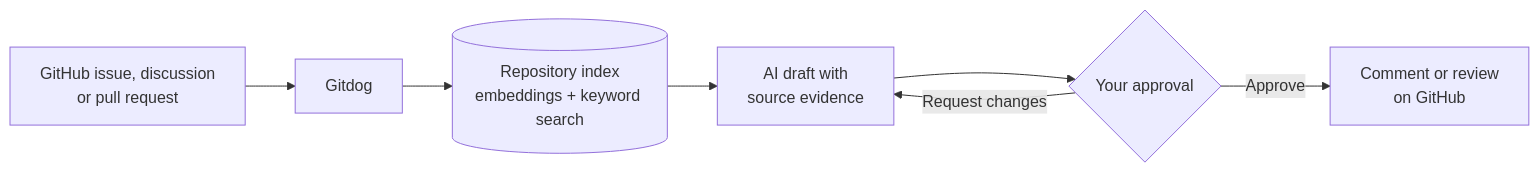
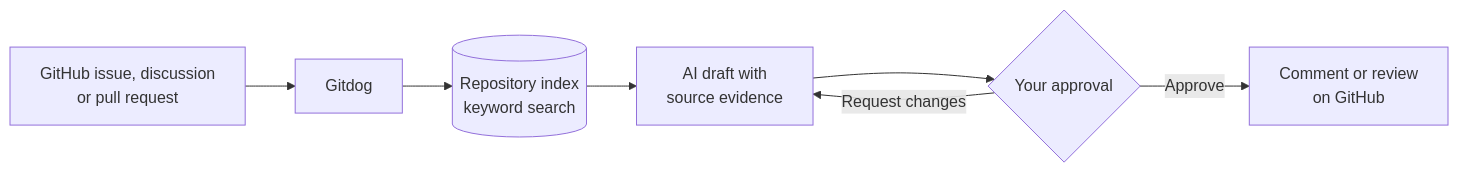
One commit to hyodotdev/gitdog changed the diagram in README.md. Above: the diagram before and after it, drawn with Mermaid. The commit also changed other lines of this file and 98 other files, not shown here.

````diff
--- a/README.md
+++ b/README.md
@@ -57,9 +57,9 @@
 ```mermaid
 flowchart LR
     A[GitHub issue, discussion<br/>or pull request] --> B[Gitdog]
-    B --> C[(Repository index<br/>embeddings + keyword search)]
+    B --> C[(Repository index<br/>keyword search)]
     C --> D[AI draft with<br/>source evidence]
     D --> E{Your approval}
     E -->|Approve| F[Comment or review<br/>on GitHub]
     E -->|Request changes| D
 ```
````
